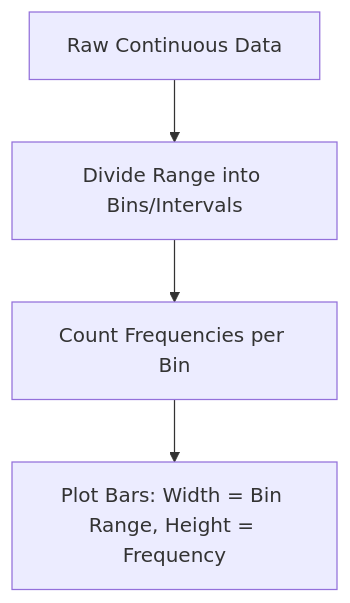
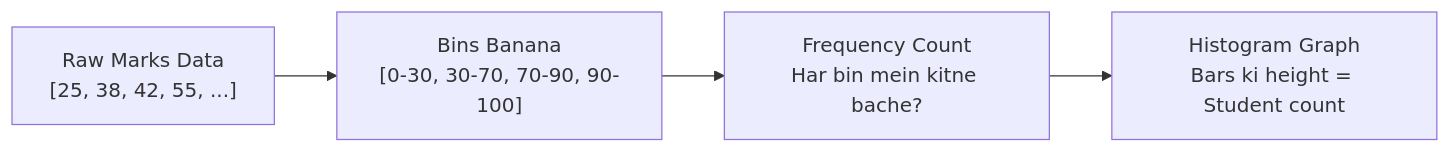
The diagram in lecture_19/Notes_19.01/README_HINGLISH.md (S1h2i3v4a/AI_ML), drawn with Mermaid before and after one commit. The commit also changed other lines of this file and 203 other files, not shown here.

Commit message:
docs(lectures 19-21): align notes with video lectures, add blackboard diagrams, clean structured functions, and compile vector PDFs

````diff
--- a/lecture_19/Notes_19.01/README_HINGLISH.md
+++ b/lecture_19/Notes_19.01/README_HINGLISH.md
@@ -26,6 +39,6 @@
 ```mermaid
-flowchart TD
-    A["Raw Continuous Data"] --> B["Divide Range into Bins/Intervals"]
-    B --> C["Count Frequencies per Bin"]
-    C --> D["Plot Bars: Width = Bin Range, Height = Frequency"]
+flowchart LR
+    A["Raw Marks Data<br/>[25, 38, 42, 55, ...]"] --> B["Bins Banana<br/>[0-30, 30-70, 70-90, 90-100]"]
+    B --> C["Frequency Count<br/>Har bin mein kitne bache?"]
+    C --> D["Histogram Graph<br/>Bars ki height = Student count"]
 ```
````
